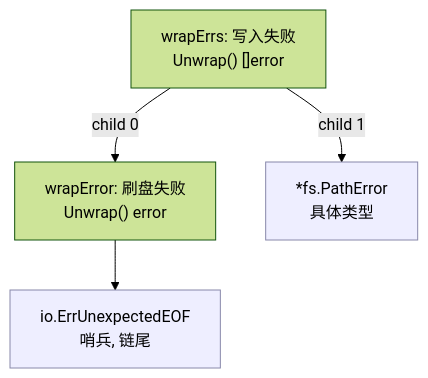
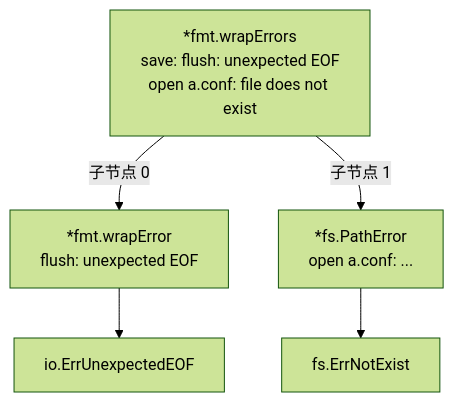
One commit to golang-design/under-the-hood changed the diagram in book/zh-cn/part2lang/ch07errors/inspect.md. Above: the diagram before and after it, drawn with Mermaid (forest theme). The commit also changed other lines of this file and 5 other files, not shown here.

````diff
--- a/book/zh-cn/part2lang/ch07errors/inspect.md
+++ b/book/zh-cn/part2lang/ch07errors/inspect.md
@@ -82,8 +139,7 @@
 ```mermaid
 flowchart TD
-    e3["wrapErrs: 写入失败<br/>Unwrap() []error"] -->|child 0| e2["wrapError: 刷盘失败<br/>Unwrap() error"]
-    e3 -->|child 1| eb["*fs.PathError<br/>具体类型"]
-    e2 --> e1["io.ErrUnexpectedEOF<br/>哨兵, 链尾"]
-    classDef leaf fill:#eef,stroke:#88a
-    class e1,eb leaf
+	R["*fmt.wrapErrors<br/>save: flush: unexpected EOF<br/>open a.conf: file does not exist"] -->|子节点 0| W["*fmt.wrapError<br/>flush: unexpected EOF"]
+	R -->|子节点 1| P["*fs.PathError<br/>open a.conf: ..."]
+	W --> E["io.ErrUnexpectedEOF"]
+	P --> N["fs.ErrNotExist"]
 ```
````
